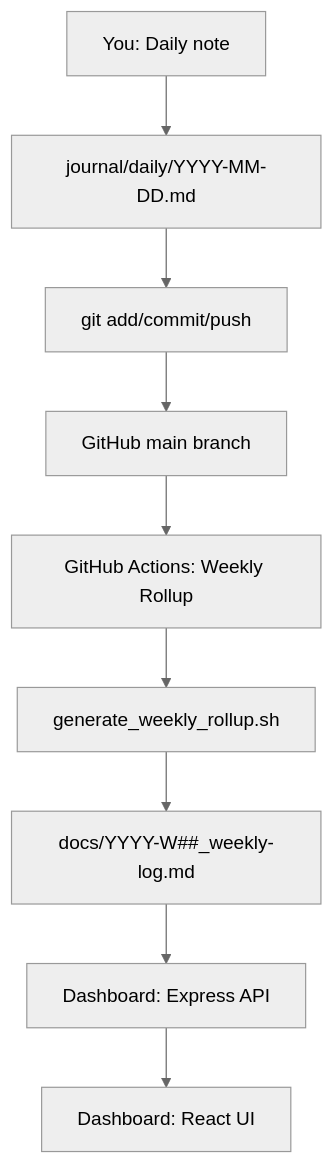
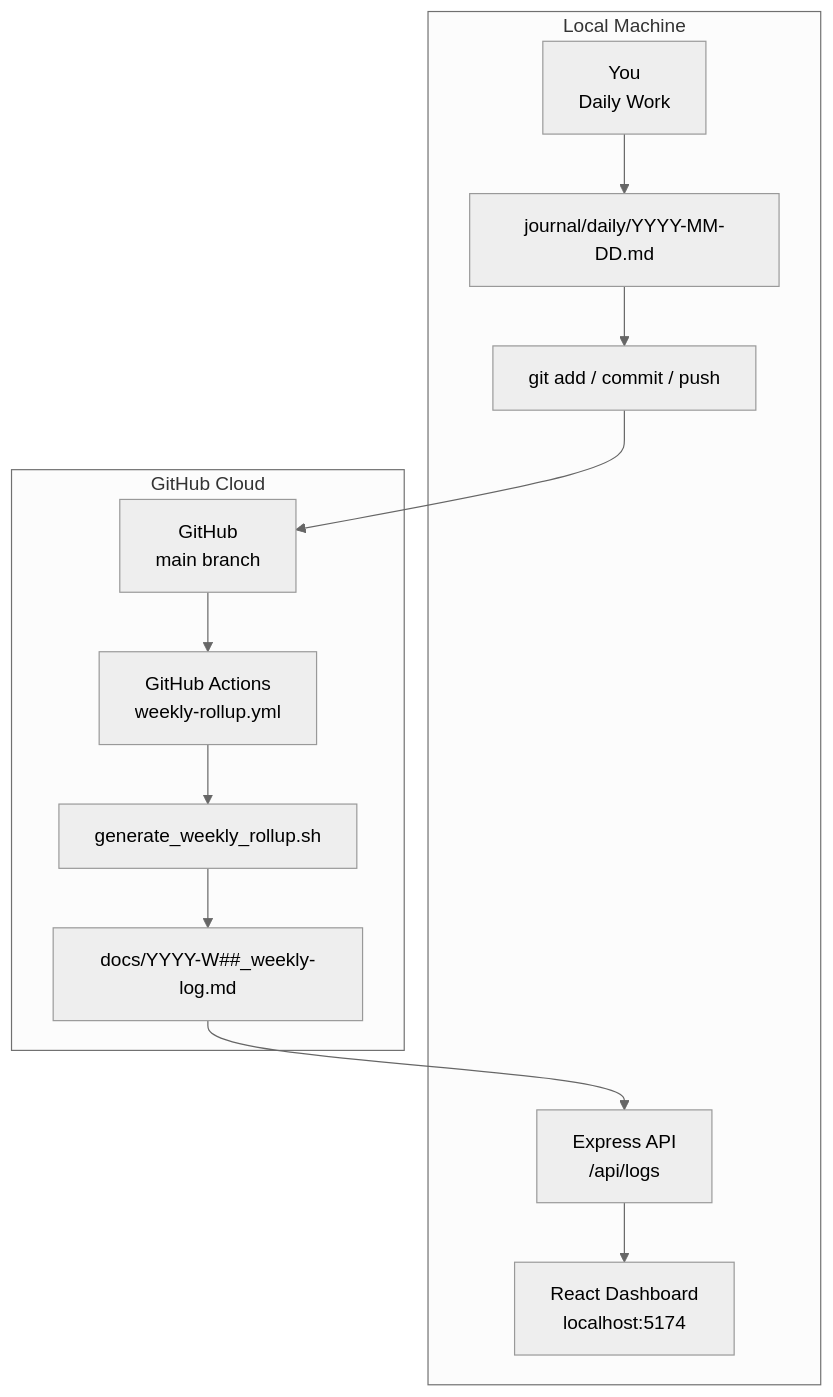
Before and after one commit to MaxTwoSeven/ops-infra: the diagram in ops-dashboard/docs/system/diagram.mmd, drawn with Mermaid (neutral theme). The commit also changed 1 other file, not shown here.

Commit message:
Corrected reporting.md and diagram.mmd to backup files for now.

```diff
--- a/ops-dashboard/docs/system/diagram.mmd
+++ b/ops-dashboard/docs/system/diagram.mmd
@@ -1,9 +1,32 @@
 flowchart TD
-  A[You: Daily note] --> B[journal/daily/YYYY-MM-DD.md]
-  B --> C[git add/commit/push]
-  C --> D[GitHub main branch]
-  D --> E[GitHub Actions: Weekly Rollup]
+
+  A[You<br/>Daily Work] --> B[journal/daily/YYYY-MM-DD.md]
+
+  B --> C[git add / commit / push]
+
+  C --> D[GitHub<br/>main branch]
+
+  D --> E[GitHub Actions<br/>weekly-rollup.yml]
+
   E --> F[generate_weekly_rollup.sh]
+
   F --> G[docs/YYYY-W##_weekly-log.md]
-  G --> H[Dashboard: Express API]
-  H --> I[Dashboard: React UI]
+
+  G --> H[Express API<br/>/api/logs]
+
+  H --> I[React Dashboard<br/>localhost:5174]
+
+  subgraph Local Machine
+    A
+    B
+    C
+    H
+    I
+  end
+
+  subgraph GitHub Cloud
+    D
+    E
+    F
+    G
+  end
```
